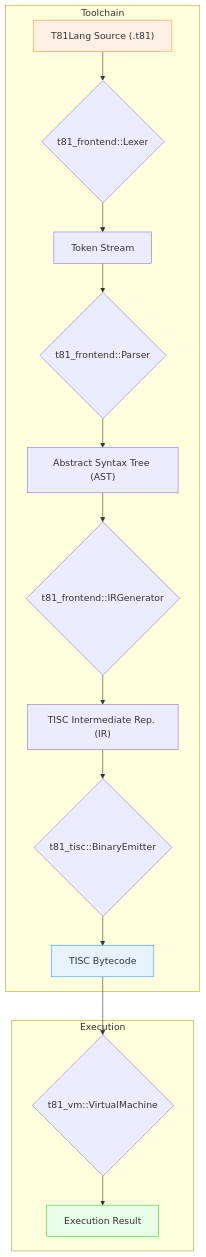
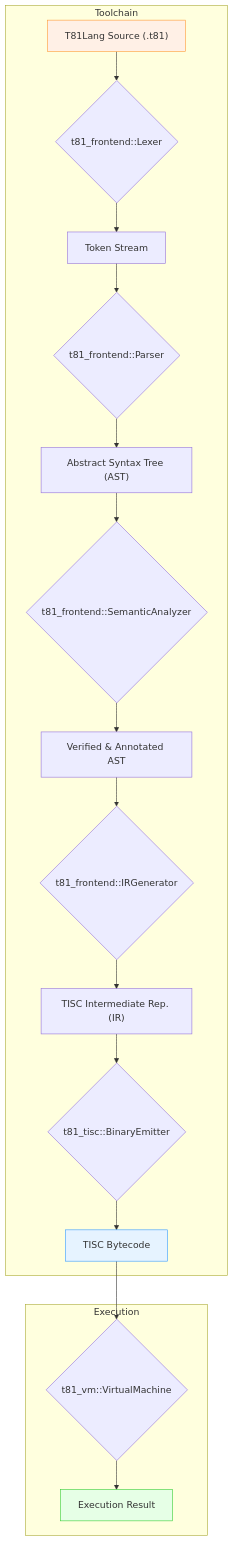
One commit to t81dev/t81-foundation changed the diagram in ARCHITECTURE.md. Above: the diagram before and after it, drawn with Mermaid. The commit also changed other lines of this file and 9 other files, not shown here.

````diff
--- a/ARCHITECTURE.md
+++ b/ARCHITECTURE.md
@@ -37,22 +37,24 @@
 ```mermaid
 graph TD
     subgraph Toolchain
         A["T81Lang Source (.t81)"] --> B{t81_frontend::Lexer};
         B --> C["Token Stream"];
         C --> D{t81_frontend::Parser};
         D --> E["Abstract Syntax Tree (AST)"];
-        E --> F{t81_frontend::IRGenerator};
-        F --> G["TISC Intermediate Rep. (IR)"];
-        G --> H{t81_tisc::BinaryEmitter};
-        H --> I["TISC Bytecode"];
+        E --> F{t81_frontend::SemanticAnalyzer};
+        F --> G["Verified & Annotated AST"];
+        G --> H{t81_frontend::IRGenerator};
+        H --> I["TISC Intermediate Rep. (IR)"];
+        I --> J{t81_tisc::BinaryEmitter};
+        J --> K["TISC Bytecode"];
     end
 
     subgraph Execution
-        I --> J{t81_vm::VirtualMachine};
-        J --> K["Execution Result"];
+        K --> L{t81_vm::VirtualMachine};
+        L --> M["Execution Result"];
     end
 
     style A fill:#fff0e6,stroke:#ff9933
-    style I fill:#e6f3ff,stroke:#3399ff
-    style K fill:#e6ffe6,stroke:#33cc33
+    style K fill:#e6f3ff,stroke:#3399ff
+    style M fill:#e6ffe6,stroke:#33cc33
 ```
````
